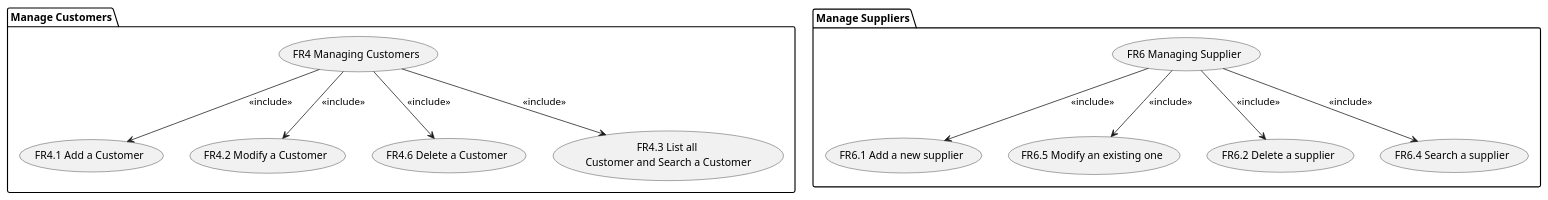
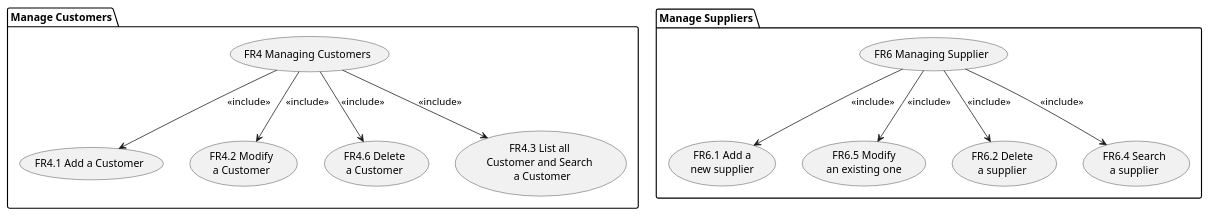
One commit to thegabriele97/EzShop changed the fourth of 7 diagrams in Deliverables/RequirementsDocument.md. Above: the diagram before and after it, drawn with PlantUML. The commit also changed other lines of this file, not shown here.

````diff
--- a/Deliverables/RequirementsDocument.md
+++ b/Deliverables/RequirementsDocument.md
@@ -303,27 +303,27 @@
 ```plantuml
 package "Manage Customers" {
     usecase "FR4 Managing Customers" as mngcustomer
     usecase "FR4.1 Add a Customer" as addcustomer
-    usecase "FR4.2 Modify a Customer" as modcustomer
-    usecase "FR4.6 Delete a Customer" as remcustomer
-    usecase "FR4.3 List all \nCustomer and Search a Customer" as listcustomer
+    usecase "FR4.2 Modify\na Customer" as modcustomer
+    usecase "FR4.6 Delete\na Customer" as remcustomer
+    usecase "FR4.3 List all \nCustomer and Search \n a Customer" as listcustomer
 
     mngcustomer --> addcustomer : <<include>>
     mngcustomer --> modcustomer : <<include>>
     mngcustomer --> remcustomer : <<include>>
     mngcustomer --> listcustomer : <<include>>
 }
 
 package "Manage Suppliers" {
     usecase "FR6 Managing Supplier" as mngsupplier
-    usecase "FR6.1 Add a new supplier" as addsupplier
-    usecase "FR6.5 Modify an existing one" as modsupplier
-    usecase "FR6.2 Delete a supplier" as remsupplier
-    usecase "FR6.4 Search a supplier" as listsupplier
+    usecase "FR6.1 Add a\nnew supplier" as addsupplier
+    usecase "FR6.5 Modify\nan existing one" as modsupplier
+    usecase "FR6.2 Delete\na supplier" as remsupplier
+    usecase "FR6.4 Search\na supplier" as listsupplier
 
     mngsupplier --> addsupplier : <<include>>
     mngsupplier --> modsupplier : <<include>>
     mngsupplier --> remsupplier : <<include>>
     mngsupplier --> listsupplier : <<include>>
 }
 ```
````
